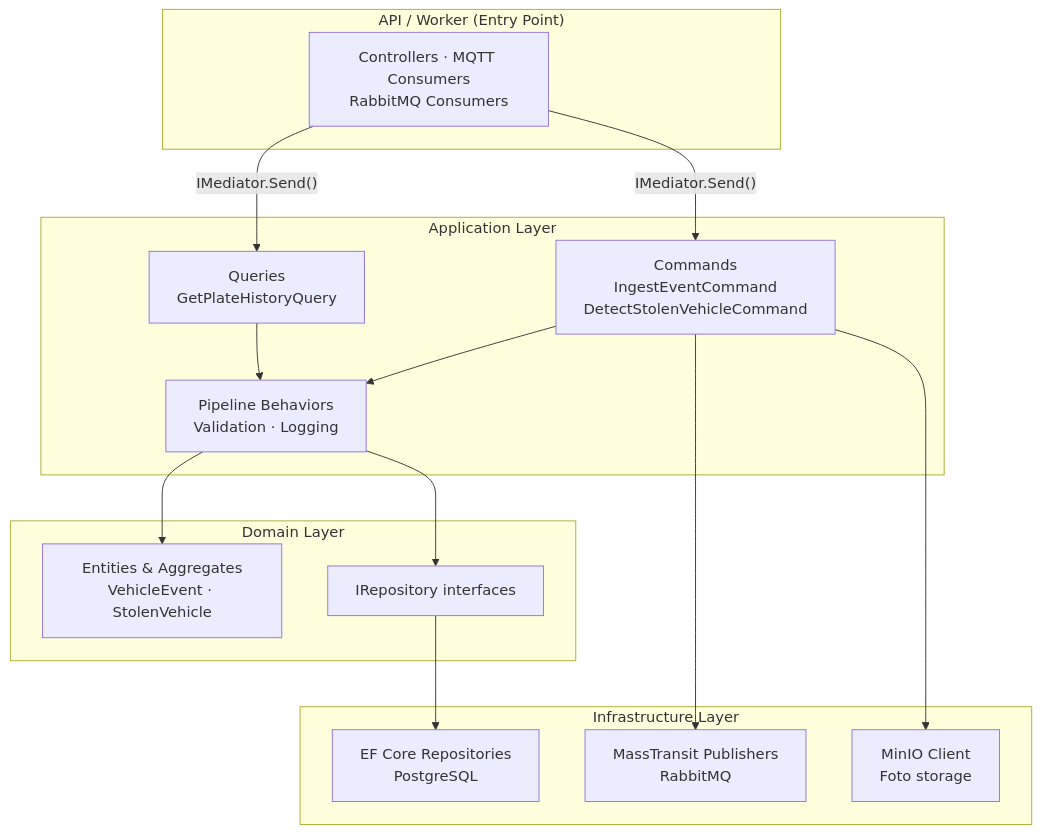
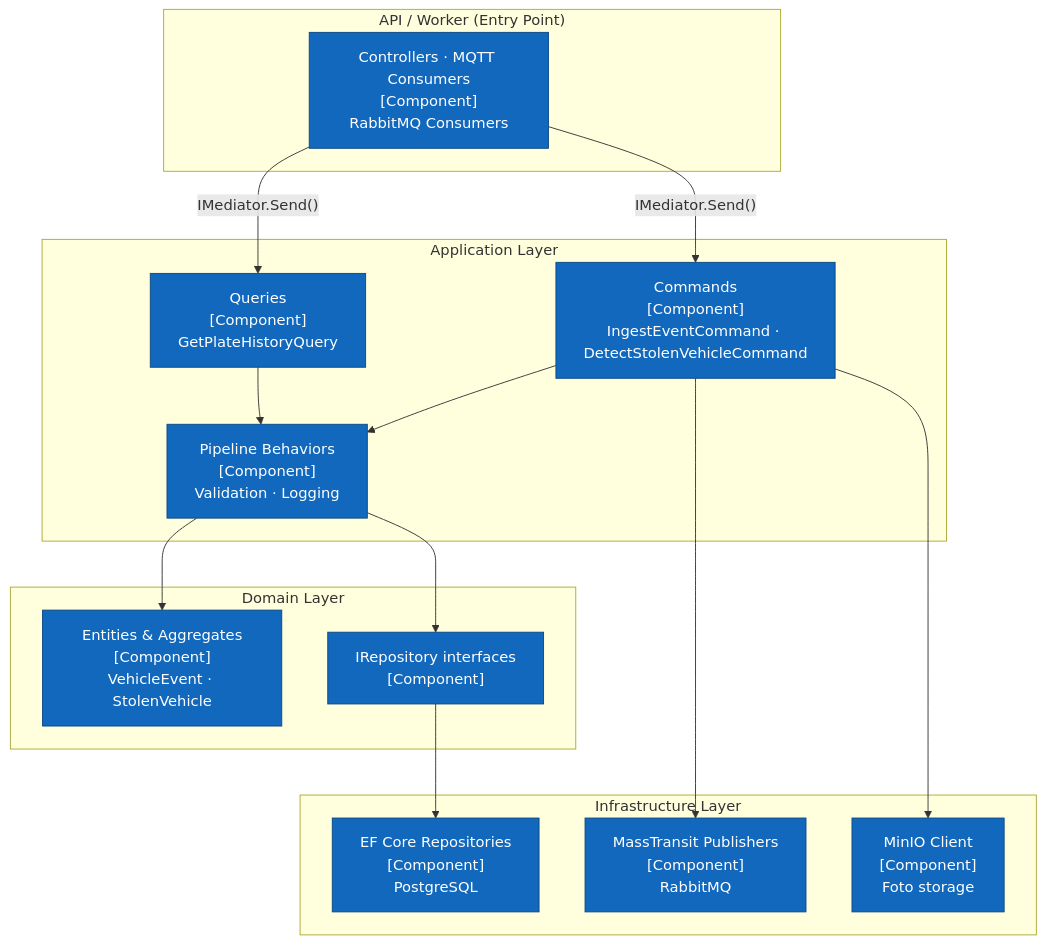
The eighth of 8 diagrams in plantilla-propuesta.md (chetango/ceiba-arquitectura), drawn with Mermaid before and after one commit. The commit also changed other lines of this file, not shown here.

Commit message:
Sync MD: convenciones C4 en todos los diagramas Mermaid

````diff
--- a/plantilla-propuesta.md
+++ b/plantilla-propuesta.md
@@ -401,30 +407,33 @@
 ```mermaid
 flowchart TD
     subgraph API["API / Worker (Entry Point)"]
-        CTR["Controllers · MQTT Consumers\nRabbitMQ Consumers"]
+        CTR["Controllers · MQTT Consumers\n[Component]\nRabbitMQ Consumers"]
     end
     subgraph APP["Application Layer"]
-        CMD["Commands\nIngestEventCommand\nDetectStolenVehicleCommand"]
-        QRY["Queries\nGetPlateHistoryQuery"]
-        BHV["Pipeline Behaviors\nValidation · Logging"]
+        CMD["Commands\n[Component]\nIngestEventCommand · DetectStolenVehicleCommand"]
+        QRY["Queries\n[Component]\nGetPlateHistoryQuery"]
+        BHV["Pipeline Behaviors\n[Component]\nValidation · Logging"]
     end
     subgraph DOM["Domain Layer"]
-        ENT["Entities & Aggregates\nVehicleEvent · StolenVehicle"]
-        REP["IRepository interfaces"]
+        ENT["Entities & Aggregates\n[Component]\nVehicleEvent · StolenVehicle"]
+        REP["IRepository interfaces\n[Component]"]
     end
     subgraph INF["Infrastructure Layer"]
-        EFC["EF Core Repositories\nPostgreSQL"]
-        MSG["MassTransit Publishers\nRabbitMQ"]
-        S3C["MinIO Client\nFoto storage"]
+        EFC["EF Core Repositories\n[Component]\nPostgreSQL"]
+        MSG["MassTransit Publishers\n[Component]\nRabbitMQ"]
+        S3C["MinIO Client\n[Component]\nFoto storage"]
     end
 
     CTR -->|"IMediator.Send()"| CMD
     CTR -->|"IMediator.Send()"| QRY
     CMD --> BHV
     QRY --> BHV
     BHV --> ENT
     BHV --> REP
     REP --> EFC
     CMD --> MSG
     CMD --> S3C
+
+    classDef component fill:#1168bd,stroke:#0b4884,color:#fff
+    class CTR,CMD,QRY,BHV,ENT,REP,EFC,MSG,S3C component
 ```
````
